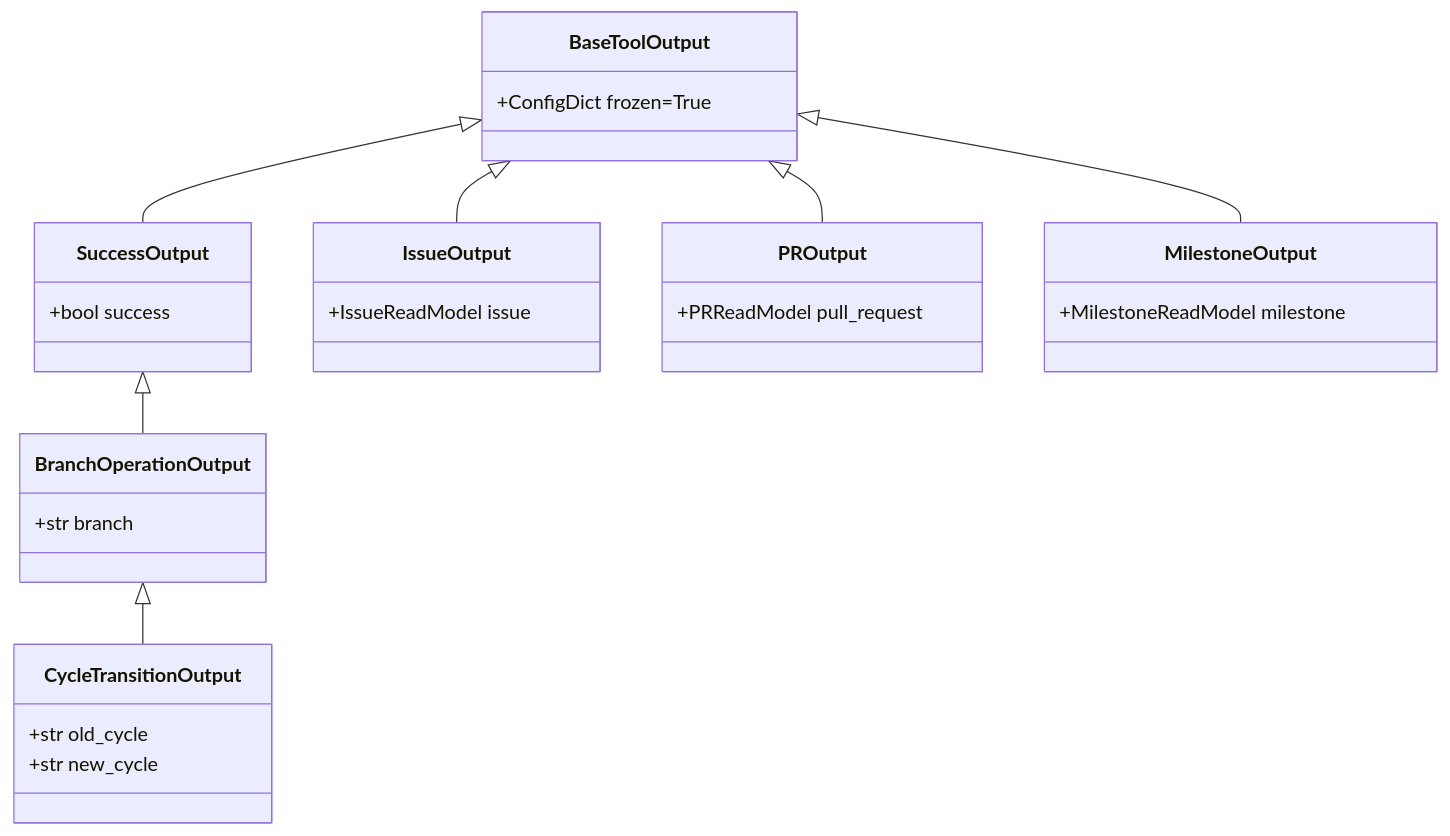
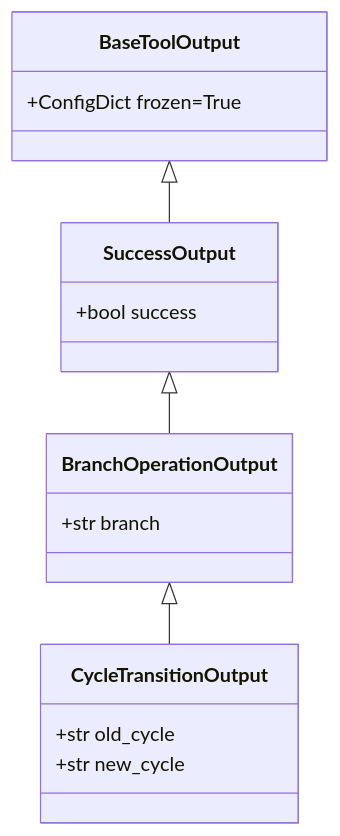
Before and after one commit to MikeyVK/phase-gate-mcp: the first of 2 diagrams in docs/development/issue402/design.md, drawn with Mermaid. The commit also changed other lines of this file and 1 other file, not shown here.

````diff
--- a/docs/development/issue402/design.md
+++ b/docs/development/issue402/design.md
@@ -97,34 +86,20 @@
 ```mermaid
 classDiagram
     class BaseToolOutput {
         +ConfigDict frozen=True
     }
     class SuccessOutput {
         +bool success
     }
     class BranchOperationOutput {
         +str branch
     }
     class CycleTransitionOutput {
         +str old_cycle
         +str new_cycle
     }
     
     BaseToolOutput <|-- SuccessOutput
     SuccessOutput <|-- BranchOperationOutput
     BranchOperationOutput <|-- CycleTransitionOutput
-    
-    class IssueOutput {
-        +IssueReadModel issue
-    }
-    class PROutput {
-        +PRReadModel pull_request
-    }
-    class MilestoneOutput {
-        +MilestoneReadModel milestone
-    }
-    
-    BaseToolOutput <|-- IssueOutput
-    BaseToolOutput <|-- PROutput
-    BaseToolOutput <|-- MilestoneOutput
 ```
````
